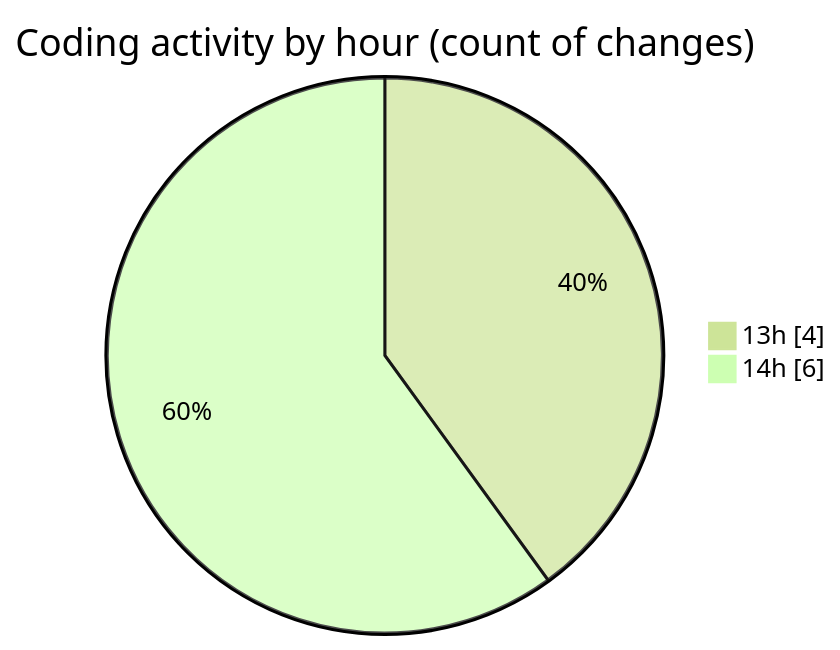
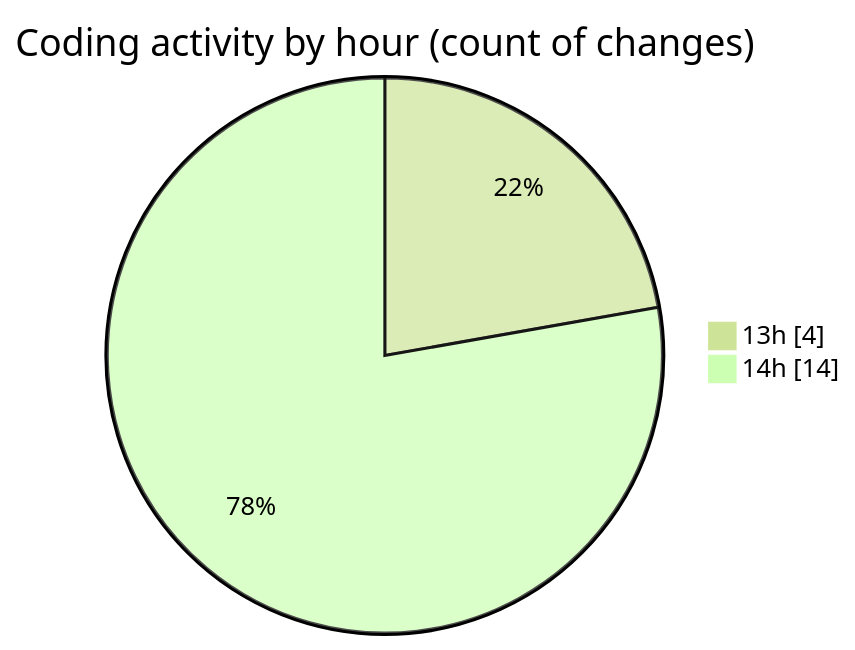
Before and after one commit to Ritupan-Deka/code-tracking: the second of 2 diagrams in 2025-01-21/projects/README.md, drawn with Mermaid (forest theme). The commit also changed other lines of this file and 1 other file, not shown here.

````diff
--- a/2025-01-21/projects/README.md
+++ b/2025-01-21/projects/README.md
@@ -28,6 +28,6 @@
 ```mermaid
 pie showData
 title Coding activity by hour (count of changes)
 "13h" : 4
-"14h" : 6
+"14h" : 14
 ```
````
